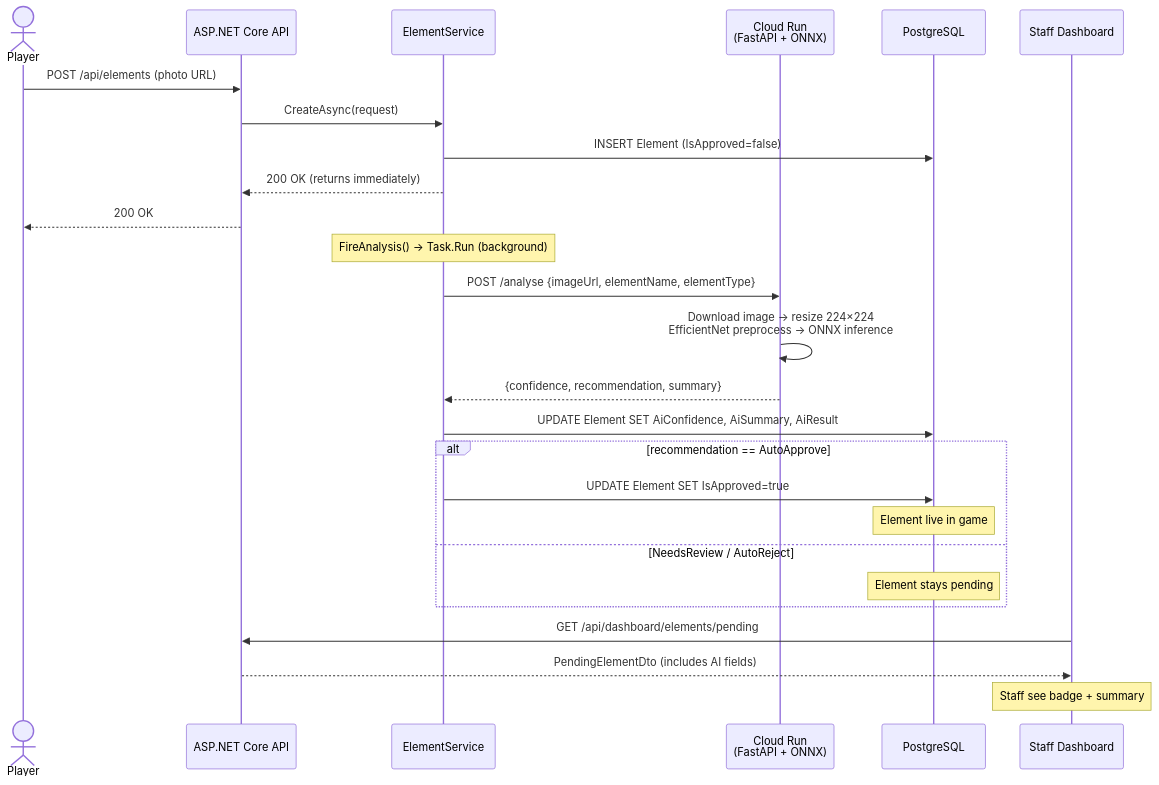
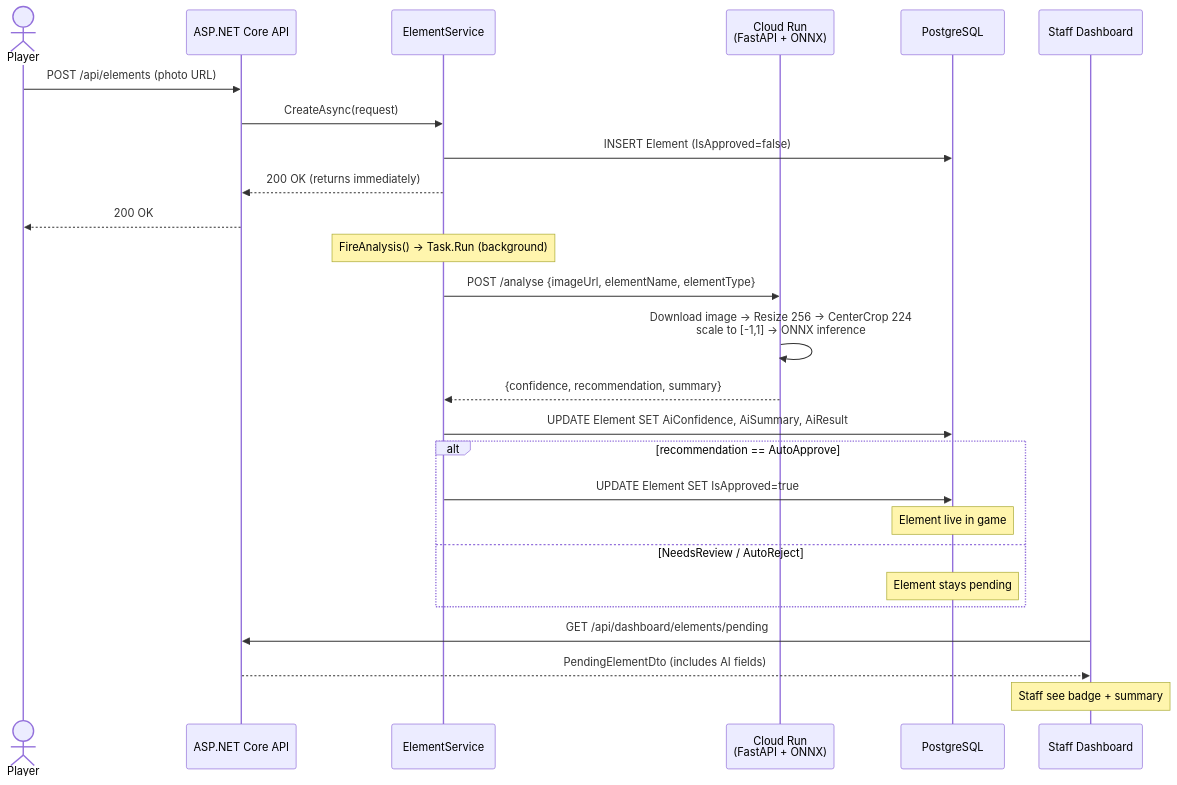
One commit to RubberDuck808/lab4-goalz changed the first of 4 diagrams in agent_docs/ml_pipeline.md. Above: the diagram before and after it, drawn with Mermaid. The commit also changed other lines of this file and 5 other files, not shown here.

````diff
--- a/agent_docs/ml_pipeline.md
+++ b/agent_docs/ml_pipeline.md
@@ -19,34 +23,34 @@
 ```mermaid
 sequenceDiagram
     actor Player
     participant API as ASP.NET Core API
     participant ES as ElementService
     participant ML as Cloud Run<br/>(FastAPI + ONNX)
     participant DB as PostgreSQL
     participant Dash as Staff Dashboard
 
     Player->>API: POST /api/elements (photo URL)
     API->>ES: CreateAsync(request)
     ES->>DB: INSERT Element (IsApproved=false)
     ES-->>API: 200 OK (returns immediately)
     API-->>Player: 200 OK
 
     Note over ES: FireAnalysis() → Task.Run (background)
 
     ES->>ML: POST /analyse {imageUrl, elementName, elementType}
-    ML->>ML: Download image → resize 224×224<br/>EfficientNet preprocess → ONNX inference
+    ML->>ML: Download image → Resize 256 → CenterCrop 224<br/>scale to [-1,1] → ONNX inference
     ML-->>ES: {confidence, recommendation, summary}
 
     ES->>DB: UPDATE Element SET AiConfidence, AiSummary, AiResult
 
     alt recommendation == AutoApprove
         ES->>DB: UPDATE Element SET IsApproved=true
         Note over DB: Element live in game
     else NeedsReview / AutoReject
         Note over DB: Element stays pending
     end
 
     Dash->>API: GET /api/dashboard/elements/pending
     API-->>Dash: PendingElementDto (includes AI fields)
     Note over Dash: Staff see badge + summary
 ```
````
